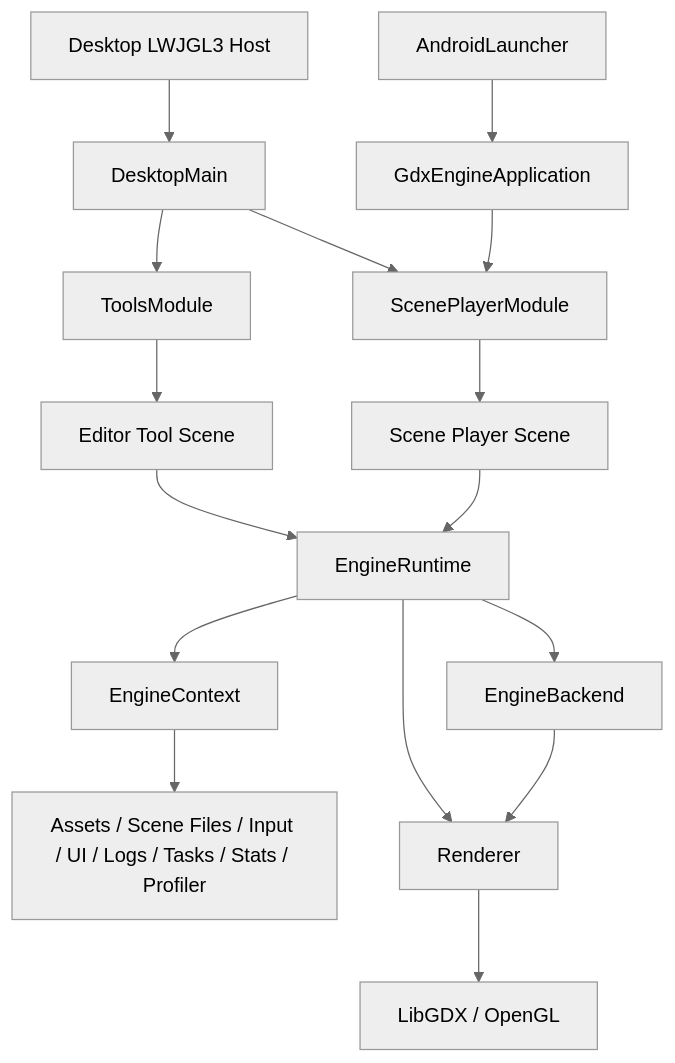
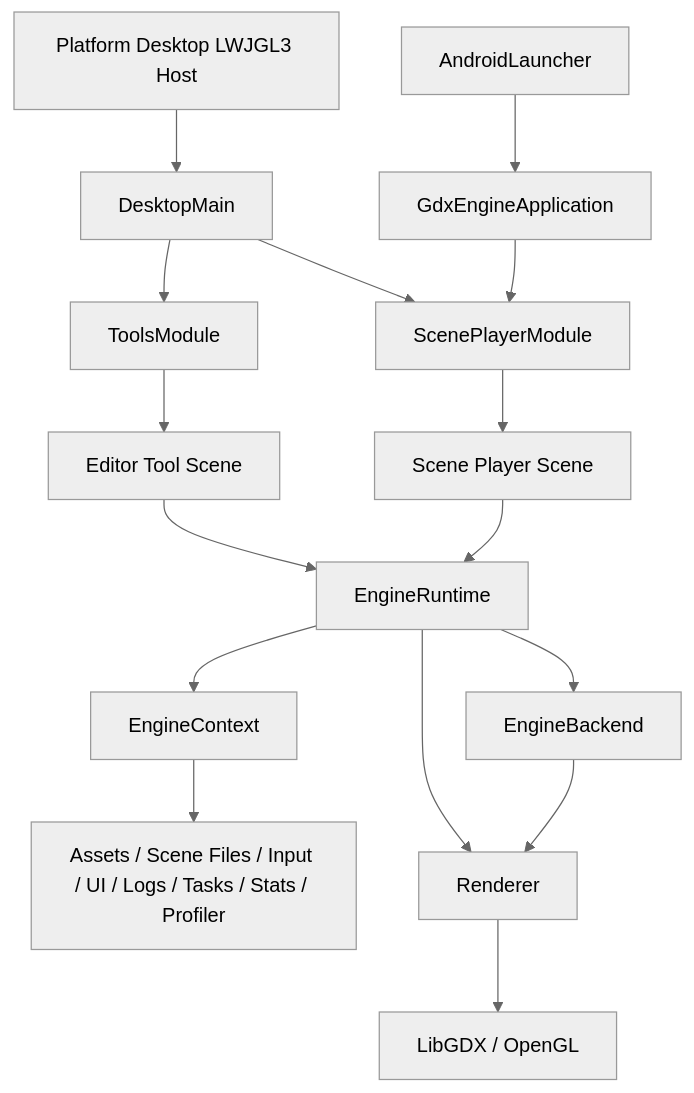
One commit to Dmytro-Pashko/KRender changed the second of 2 diagrams in README.md. Above: the diagram before and after it, drawn with Mermaid (neutral theme). The commit also changed other lines of this file and 80 other files, not shown here.

````diff
--- a/README.md
+++ b/README.md
@@ -119,22 +135,22 @@
 ```mermaid
 flowchart TD
-    Desktop["Desktop LWJGL3 Host"] --> DesktopMain["DesktopMain"]
+    Desktop["Platform Desktop LWJGL3 Host"] --> DesktopMain["DesktopMain"]
     DesktopMain --> ToolsModule["ToolsModule"]
     DesktopMain --> ScenePlayerModule["ScenePlayerModule"]
 
     AndroidLauncher["AndroidLauncher"] --> GdxApp["GdxEngineApplication"]
     GdxApp --> ScenePlayerModule
     ScenePlayerModule --> PlayerScene["Scene Player Scene"]
 
     ToolsModule --> ToolScene["Editor Tool Scene"]
 
     ToolScene --> Runtime["EngineRuntime"]
     PlayerScene --> Runtime
 
     Runtime --> Context["EngineContext"]
     Runtime --> Backend["EngineBackend"]
     Context --> Services["Assets / Scene Files / Input / UI / Logs / Tasks / Stats / Profiler"]
     Runtime --> Renderer["Renderer"]
     Backend --> Renderer
     Renderer --> Gdx["LibGDX / OpenGL"]
 ```
````
